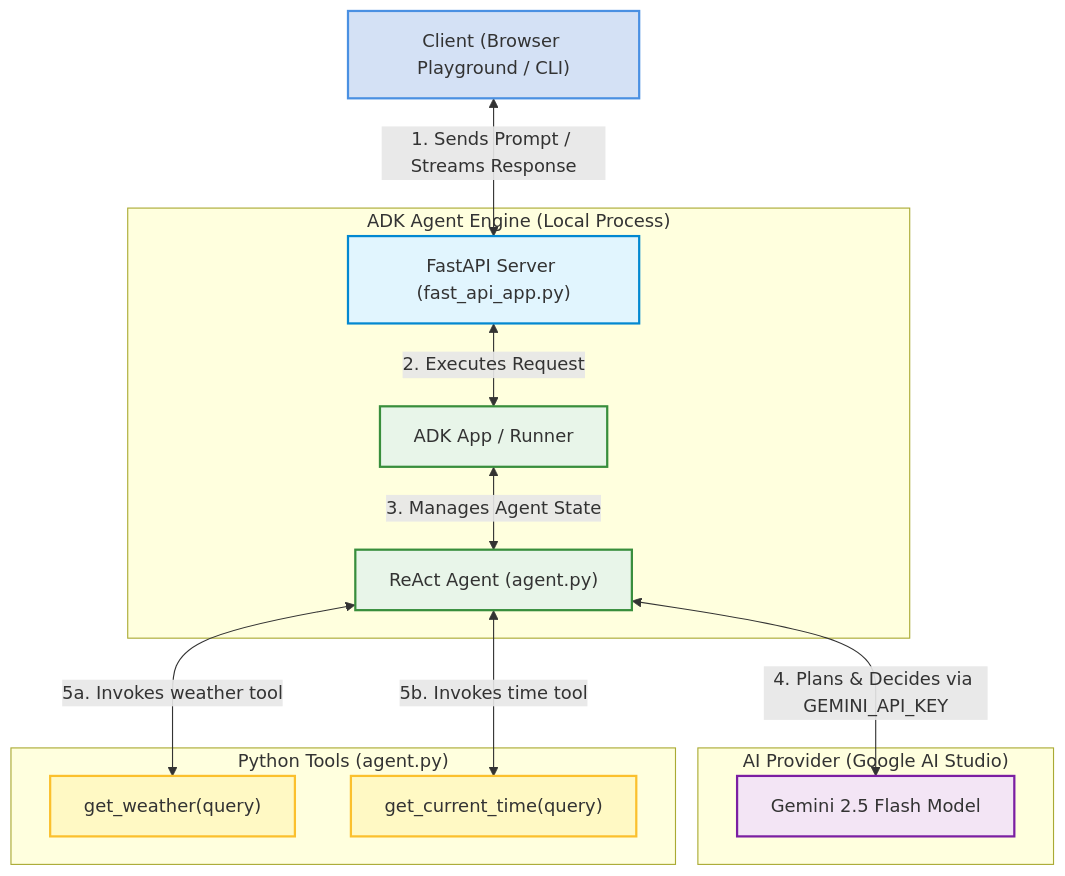
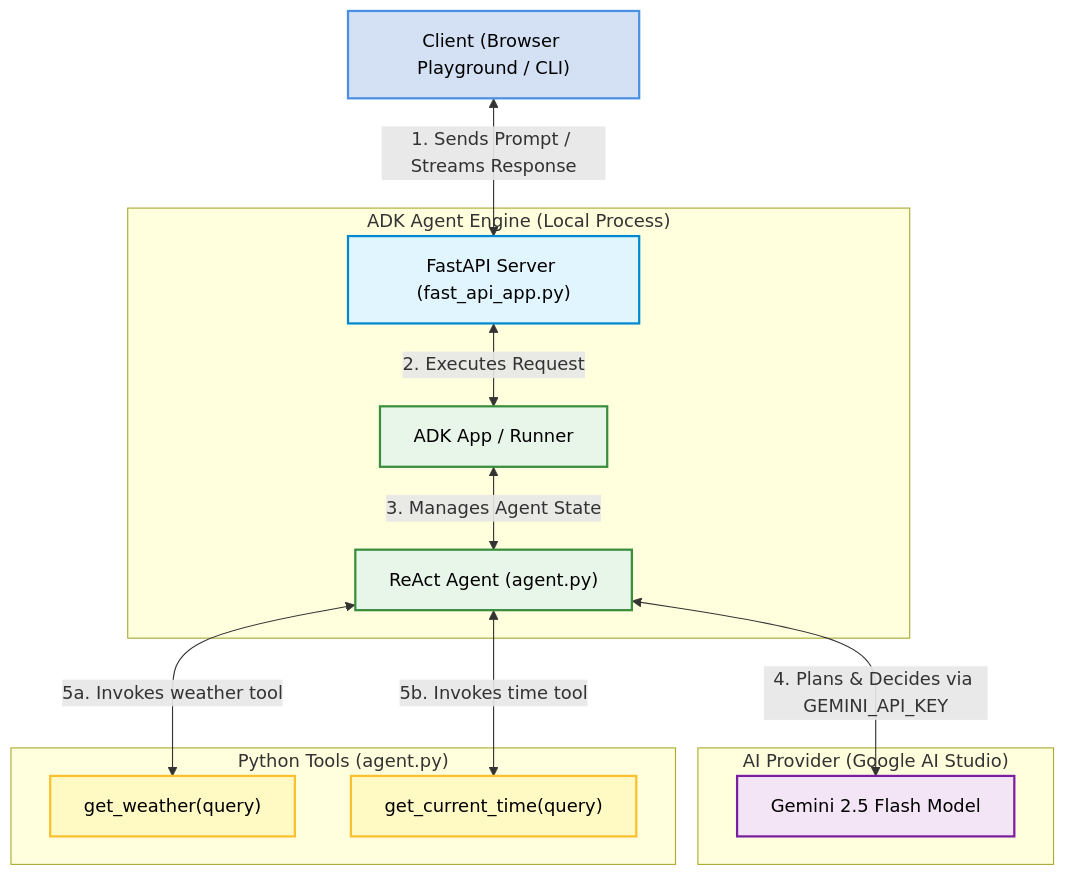
The diagram in README.md (KalashDave/antigravity-weather-assistant), drawn with Mermaid before and after one commit. The commit also changed other lines of this file, not shown here.

Commit message:
docs: improve Mermaid styling and add Kaggle course details

````diff
--- a/README.md
+++ b/README.md
@@ -13,26 +18,26 @@
 ```mermaid
 graph TD
     UserClient["Client (Browser Playground / CLI)"] <-->|1. Sends Prompt / Streams Response| FastAPIServer["FastAPI Server (fast_api_app.py)"]
     
     subgraph ADK_Engine["ADK Agent Engine (Local Process)"]
         FastAPIServer <-->|2. Executes Request| ADKRunner["ADK App / Runner"]
         ADKRunner <-->|3. Manages Agent State| ReActAgent["ReAct Agent (agent.py)"]
     end
     
     subgraph LLM_Service["AI Provider (Google AI Studio)"]
         ReActAgent <-->|4. Plans & Decides via GEMINI_API_KEY| GeminiModel["Gemini 2.5 Flash Model"]
     end
     
     subgraph Local_Tools["Python Tools (agent.py)"]
         ReActAgent <-->|5a. Invokes weather tool| WeatherTool["get_weather(query)"]
         ReActAgent <-->|5b. Invokes time tool| TimeTool["get_current_time(query)"]
     end
     
-    style UserClient fill:#d4e1f5,stroke:#4a90e2,stroke-width:2px;
-    style FastAPIServer fill:#e1f5fe,stroke:#0288d1,stroke-width:2px;
-    style ADKRunner fill:#e8f5e9,stroke:#388e3c,stroke-width:2px;
-    style ReActAgent fill:#e8f5e9,stroke:#388e3c,stroke-width:2px;
-    style GeminiModel fill:#f3e5f5,stroke:#7b1fa2,stroke-width:2px;
-    style WeatherTool fill:#fff9c4,stroke:#fbc02d,stroke-width:2px;
-    style TimeTool fill:#fff9c4,stroke:#fbc02d,stroke-width:2px;
+    style UserClient fill:#d4e1f5,stroke:#4a90e2,stroke-width:2px,color:#000;
+    style FastAPIServer fill:#e1f5fe,stroke:#0288d1,stroke-width:2px,color:#000;
+    style ADKRunner fill:#e8f5e9,stroke:#388e3c,stroke-width:2px,color:#000;
+    style ReActAgent fill:#e8f5e9,stroke:#388e3c,stroke-width:2px,color:#000;
+    style GeminiModel fill:#f3e5f5,stroke:#7b1fa2,stroke-width:2px,color:#000;
+    style WeatherTool fill:#fff9c4,stroke:#fbc02d,stroke-width:2px,color:#000;
+    style TimeTool fill:#fff9c4,stroke:#fbc02d,stroke-width:2px,color:#000;
 ```
````
